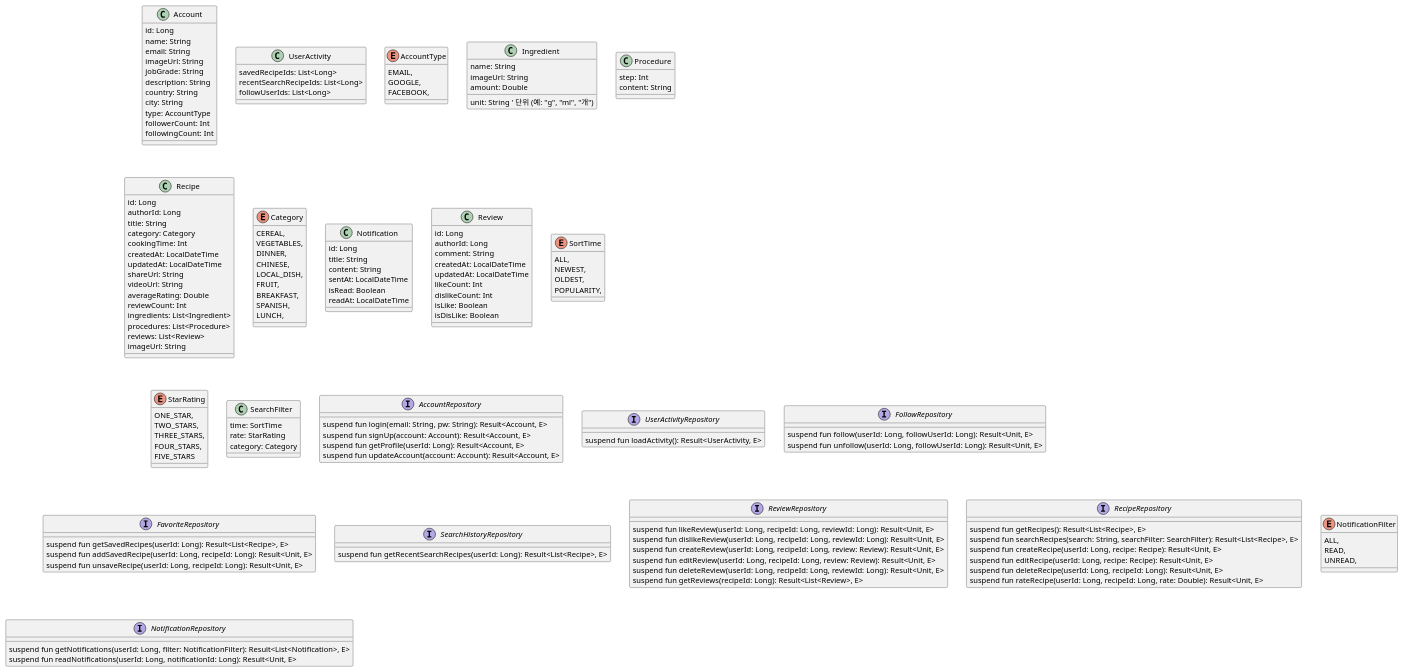
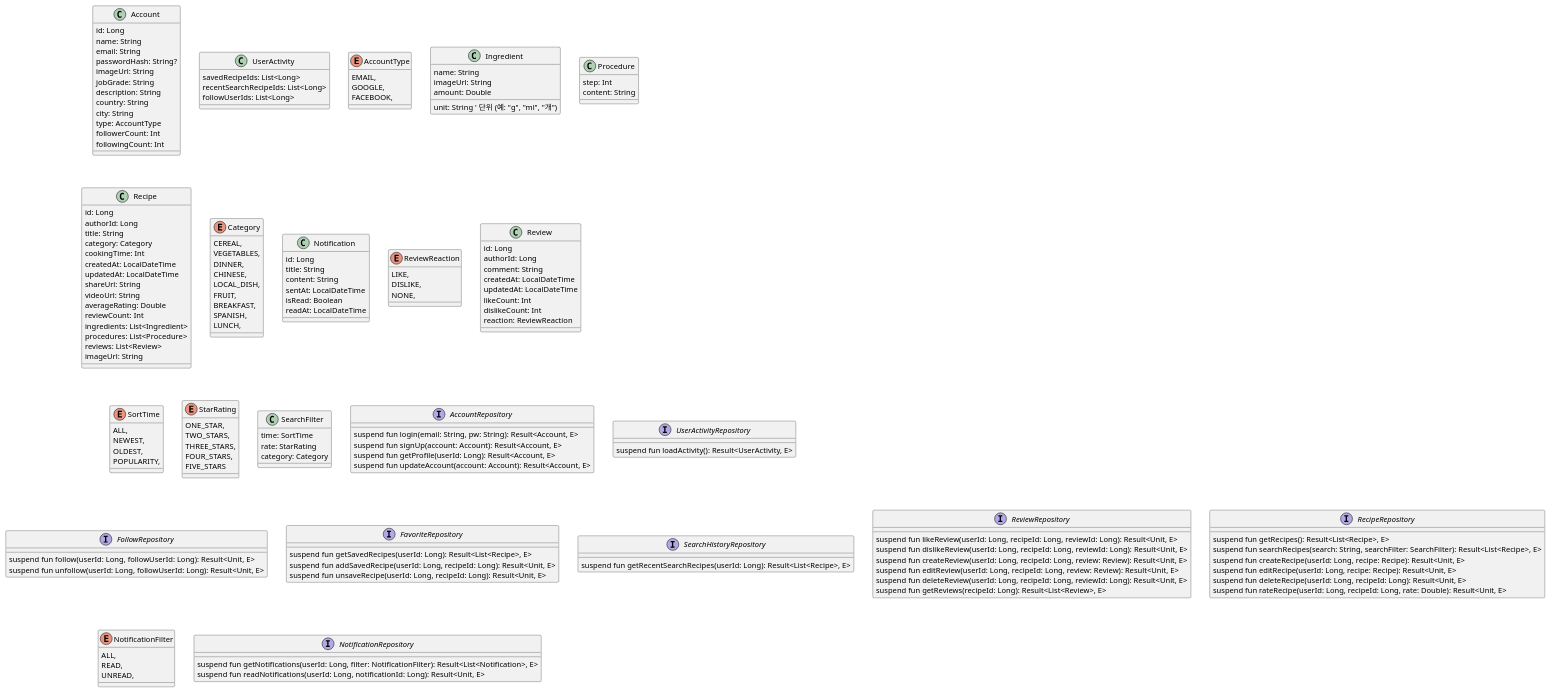
Before and after one commit to SurvivalCodingCampus/gangnam2_kotlin_study: the diagram in src/main/kotlin/com/ezlevup/my/foodrecipe/FoodRecipe1.puml, drawn with PlantUML.

Commit message:
feat: Account 모델과 인증 시그니처 간 불일치를 해소

```diff
--- a/src/main/kotlin/com/ezlevup/my/foodrecipe/FoodRecipe1.puml
+++ b/src/main/kotlin/com/ezlevup/my/foodrecipe/FoodRecipe1.puml
@@ -1,192 +1,198 @@
 @startuml
 ' Food Recipe class-diagram
 
 class Account {
     id: Long
     name: String
     email: String
+    passwordHash: String?
     imageUrl: String
     jobGrade: String
     description: String
     country: String
     city: String
     type: AccountType
     followerCount: Int
     followingCount: Int
 }
 
 ' 사용자 활동 데이터
 class UserActivity {
     ' 즐겨찾기 레시피, Recipe ID 만 저장
     savedRecipeIds: List<Long>
     ' 최근 검색한 레시피, Recipe ID 만 저장
     recentSearchRecipeIds: List<Long>
     followUserIds: List<Long>
 }
 
 enum AccountType {
     EMAIL,
     GOOGLE,
     FACEBOOK,
 }
 
 ' 재료
 class Ingredient {
     name: String
     imageUrl: String
     amount: Double
     unit: String ' 단위 (예: "g", "ml", "개")
 }
 
 ' 조리 순서
 class Procedure {
     step: Int
     content: String
 }
 
 ' 레시피
 class Recipe {
     id: Long
     authorId: Long
     title: String
     category: Category
     cookingTime: Int
     createdAt: LocalDateTime
     updatedAt: LocalDateTime
     shareUrl: String
     videoUrl: String
     ' 별점
     averageRating: Double
     ' 총 리뷰수
     reviewCount: Int
     ingredients: List<Ingredient>
     procedures: List<Procedure>
     reviews: List<Review>
     imageUrl: String
 }
 
 enum Category {
     CEREAL,
     VEGETABLES,
     DINNER,
     CHINESE,
     LOCAL_DISH,
     FRUIT,
     BREAKFAST,
     SPANISH,
     LUNCH,
 }
 
 
 class Notification {
     id: Long
     title: String
     content: String
     sentAt: LocalDateTime
     isRead: Boolean
     readAt: LocalDateTime
 }
 
+enum ReviewReaction {
+    LIKE,
+    DISLIKE,
+    NONE,
+}
+
 class Review {
     id: Long
     ' 리뷰 작성자
     authorId: Long
     comment: String
     createdAt: LocalDateTime
     updatedAt: LocalDateTime
     likeCount: Int
     dislikeCount: Int
-    isLike: Boolean
-    isDisLike: Boolean
+    reaction: ReviewReaction
 }
 
 enum SortTime {
     ALL,
     NEWEST,
     OLDEST,
     POPULARITY,
 }
 
 enum StarRating {
     ONE_STAR,
     TWO_STARS,
     THREE_STARS,
     FOUR_STARS,
     FIVE_STARS
 }
 
 class SearchFilter {
     time: SortTime
     rate: StarRating
     category: Category
 }
 
 ' 계정 관리
 interface AccountRepository {
     suspend fun login(email: String, pw: String): Result<Account, E>
     suspend fun signUp(account: Account): Result<Account, E>
     suspend fun getProfile(userId: Long): Result<Account, E>
     suspend fun updateAccount(account: Account): Result<Account, E>
 }
 
 ' 사용자 활동 데이터
 interface UserActivityRepository {
     suspend fun loadActivity(): Result<UserActivity, E>
 }
 
 ' 팔로우 관리
 interface FollowRepository {
     suspend fun follow(userId: Long, followUserId: Long): Result<Unit, E>
     suspend fun unfollow(userId: Long, followUserId: Long): Result<Unit, E>
 }
 
 ' 즐겨찾기 관리
 interface FavoriteRepository {
     suspend fun getSavedRecipes(userId: Long): Result<List<Recipe>, E>
     suspend fun addSavedRecipe(userId: Long, recipeId: Long): Result<Unit, E>
     suspend fun unsaveRecipe(userId: Long, recipeId: Long): Result<Unit, E>
 }
 
 ' 검색 기록 관리
 interface SearchHistoryRepository {
     ' 최근 검색 레시피
     suspend fun getRecentSearchRecipes(userId: Long): Result<List<Recipe>, E>
 }
 
 ' 리뷰 관리
 interface ReviewRepository {
     suspend fun likeReview(userId: Long, recipeId: Long, reviewId: Long): Result<Unit, E>
     suspend fun dislikeReview(userId: Long, recipeId: Long, reviewId: Long): Result<Unit, E>
     suspend fun createReview(userId: Long, recipeId: Long, review: Review): Result<Unit, E>
     suspend fun editReview(userId: Long, recipeId: Long, review: Review): Result<Unit, E>
     suspend fun deleteReview(userId: Long, recipeId: Long, reviewId: Long): Result<Unit, E>
     suspend fun getReviews(recipeId: Long): Result<List<Review>, E>
 }
 
 ' 레시피 관리
 interface RecipeRepository {
     suspend fun getRecipes(): Result<List<Recipe>, E>
     suspend fun searchRecipes(search: String, searchFilter: SearchFilter): Result<List<Recipe>, E>
     suspend fun createRecipe(userId: Long, recipe: Recipe): Result<Unit, E>
     suspend fun editRecipe(userId: Long, recipe: Recipe): Result<Unit, E>
     suspend fun deleteRecipe(userId: Long, recipeId: Long): Result<Unit, E>
     suspend fun rateRecipe(userId: Long, recipeId: Long, rate: Double): Result<Unit, E>
 }
 
 enum NotificationFilter {
     ALL,
     READ,
     UNREAD,
 }
 
 ' 알림 관리
 interface NotificationRepository  {
     suspend fun getNotifications(userId: Long, filter: NotificationFilter): Result<List<Notification>, E>
     suspend fun readNotifications(userId: Long, notificationId: Long): Result<Unit, E>
 }
 
 
 ' 관계 정의
 
 
 @enduml
```
